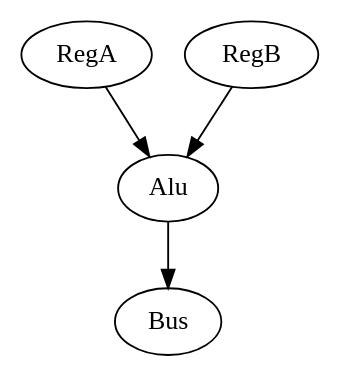
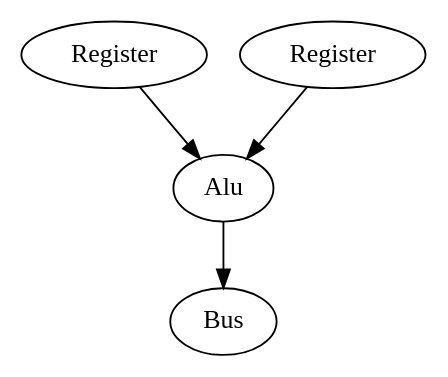
One commit to aul12/Zusammenfassung-AES changed the diagram in structure.dot. Above: the diagram before and after it, drawn with Graphviz. The commit also changed 3 other files, not shown here.

```diff
--- a/structure.dot
+++ b/structure.dot
@@ -1,12 +1,12 @@
 digraph G {
-    RegA {
+    RegA [
         label = "Register"
-    }
-    RegB {
+    ]
+    RegB [
         label = "Register"
-    }
+    ]
     
     RegA -> Alu
     RegB -> Alu
     Alu -> Bus
 }
```
